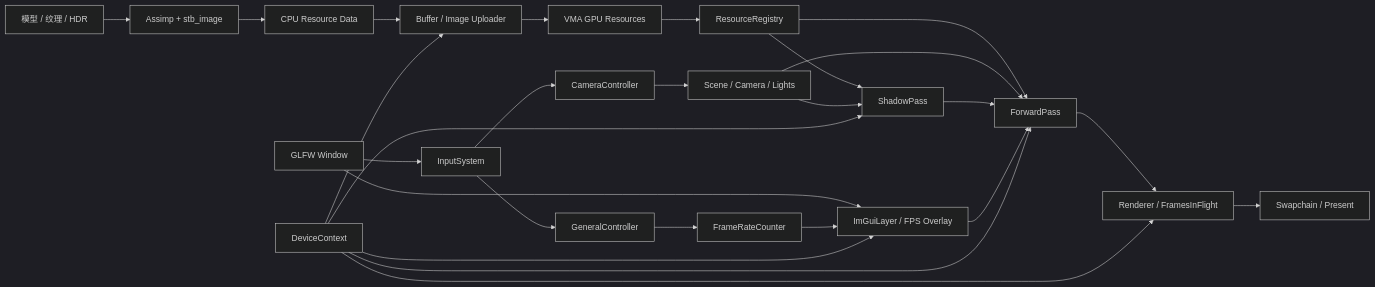
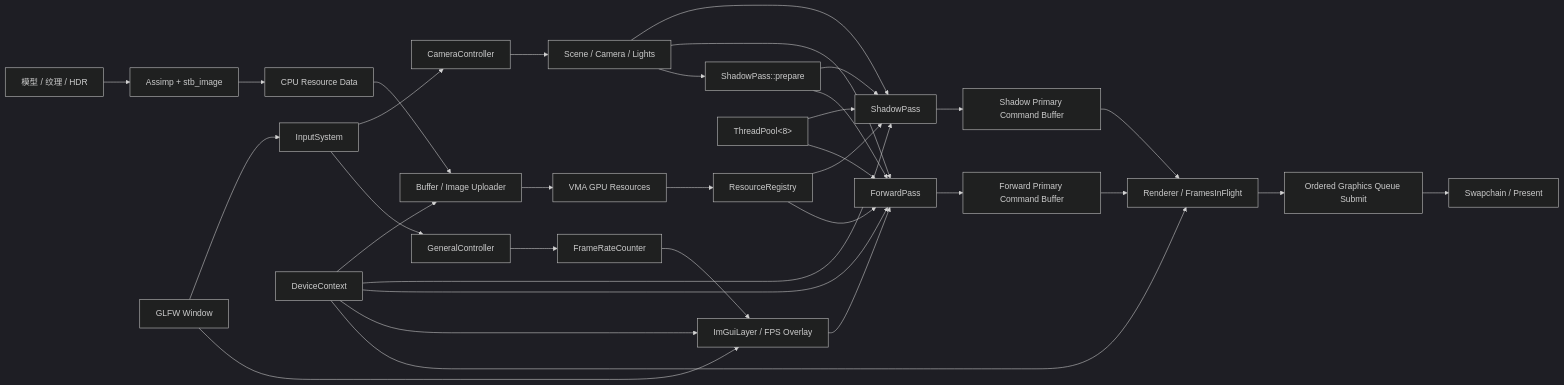
The diagram in README.md (th1nk2r-git/th1nk2r_renderer), drawn with Mermaid (dark theme) before and after one commit. The commit also changed other lines of this file and 10 other files, not shown here.

Commit message:
Implemented a thread pool and multithreaded recording

````diff
--- a/README.md
+++ b/README.md
@@ -76,30 +80,38 @@
 ```mermaid
 flowchart LR
     Assets["模型 / 纹理 / HDR"] --> IO["Assimp + stb_image"]
     IO --> CPU["CPU Resource Data"]
     CPU --> Upload["Buffer / Image Uploader"]
     Upload --> GPU["VMA GPU Resources"]
     GPU --> Registry["ResourceRegistry"]
 
     Window["GLFW Window"] --> Input["InputSystem"]
     Input --> Camera["CameraController"]
     Camera --> Scene["Scene / Camera / Lights"]
     Input --> General["GeneralController"]
     General --> FPS
     Window --> UI["ImGuiLayer / FPS Overlay"]
     FPS["FrameRateCounter"] --> UI
     Registry --> Shadow["ShadowPass"]
     Scene --> Shadow
     Registry --> Forward["ForwardPass"]
     Scene --> Forward
-    Shadow --> Forward
+    Scene --> Prepare["ShadowPass::prepare"]
+    Prepare --> Shadow
+    Prepare --> Forward
+    Pool["ThreadPool&lt;8&gt;"] --> Shadow
+    Pool --> Forward
+    Shadow --> ShadowCB["Shadow Primary Command Buffer"]
+    Forward --> ForwardCB["Forward Primary Command Buffer"]
+    ShadowCB --> Renderer["Renderer / FramesInFlight"]
+    ForwardCB --> Renderer
     UI --> Forward
-    Forward --> Renderer["Renderer / FramesInFlight"]
-    Renderer --> Swapchain["Swapchain / Present"]
+    Renderer --> Submit["Ordered Graphics Queue Submit"]
+    Submit --> Swapchain["Swapchain / Present"]
 
     Device["DeviceContext"] --> Upload
     Device --> Shadow
     Device --> Forward
     Device --> UI
     Device --> Renderer
 ```
````
